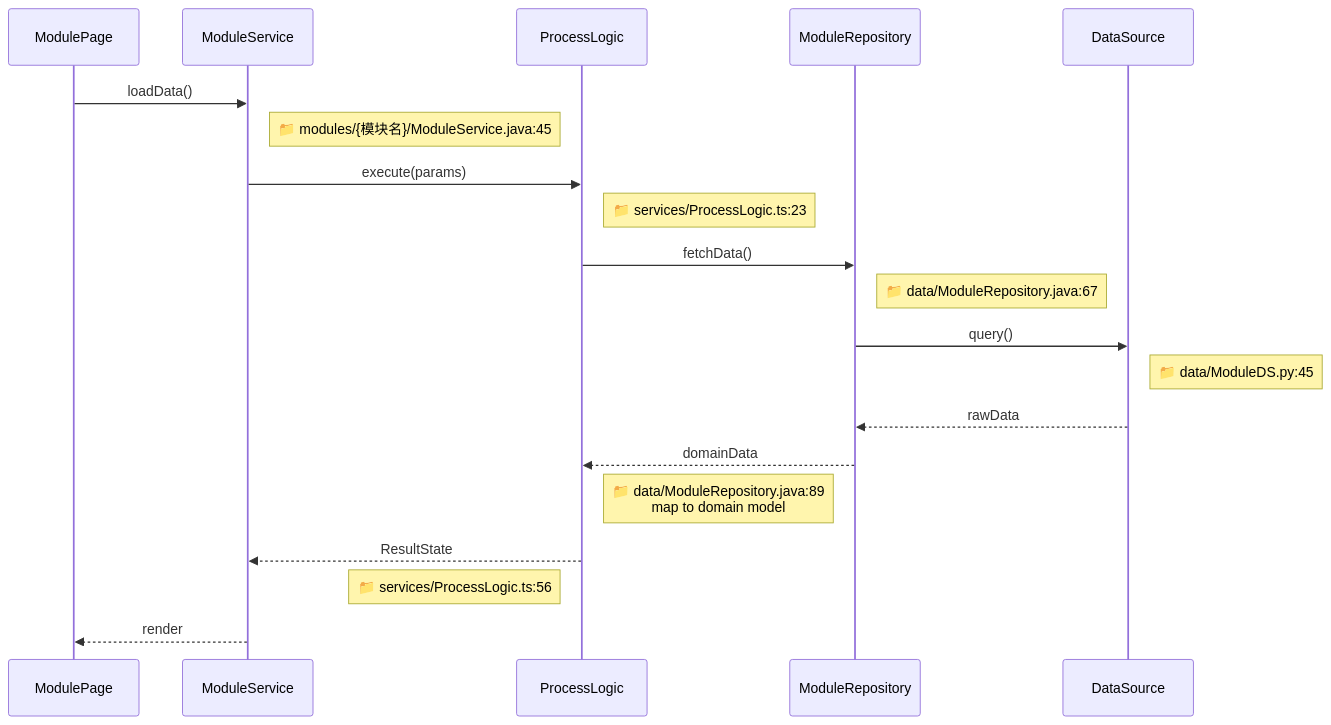
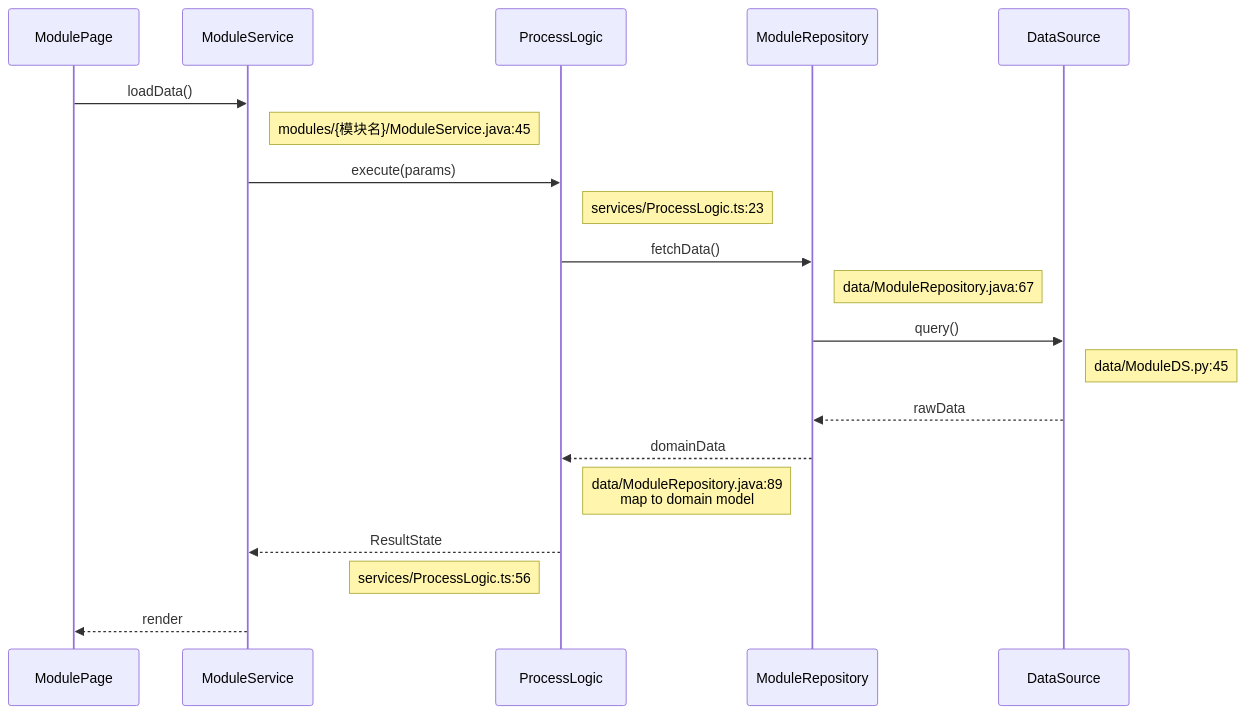
One commit to CaostGrace/project-arch-reverse changed diagram 12 of 12 in references/template.md. Above: the diagram before and after it, drawn with Mermaid. The commit also changed other lines of this file and 10 other files, not shown here.

Commit message:
fix: 修复 12.1 流程图 Mermaid 渲染问题 - 结构重组+节点引号+形状修复

````diff
--- a/references/template.md
+++ b/references/template.md
@@ -624,23 +638,23 @@
 ```mermaid
 sequenceDiagram
     participant UI as ModulePage
     participant Logic as ModuleService
     participant UC as ProcessLogic
     participant Repo as ModuleRepository
     participant DS as DataSource
 
     UI->>Logic: loadData()
-    Note right of Logic: 📁 modules/{模块名}/ModuleService.java:45
+    Note right of Logic:  modules/{模块名}/ModuleService.java:45
     Logic->>UC: execute(params)
-    Note right of UC: 📁 services/ProcessLogic.ts:23
+    Note right of UC:  services/ProcessLogic.ts:23
     UC->>Repo: fetchData()
-    Note right of Repo: 📁 data/ModuleRepository.java:67
+    Note right of Repo:  data/ModuleRepository.java:67
     Repo->>DS: query()
-    Note right of DS: 📁 data/ModuleDS.py:45
+    Note right of DS:  data/ModuleDS.py:45
     DS-->>Repo: rawData
     Repo-->>UC: domainData
-    Note left of Repo: 📁 data/ModuleRepository.java:89<br/>map to domain model
+    Note left of Repo:  data/ModuleRepository.java:89<br>map to domain model
     UC-->>Logic: ResultState
-    Note left of UC: 📁 services/ProcessLogic.ts:56
+    Note left of UC:  services/ProcessLogic.ts:56
     Logic-->>UI: render
 ```
````
